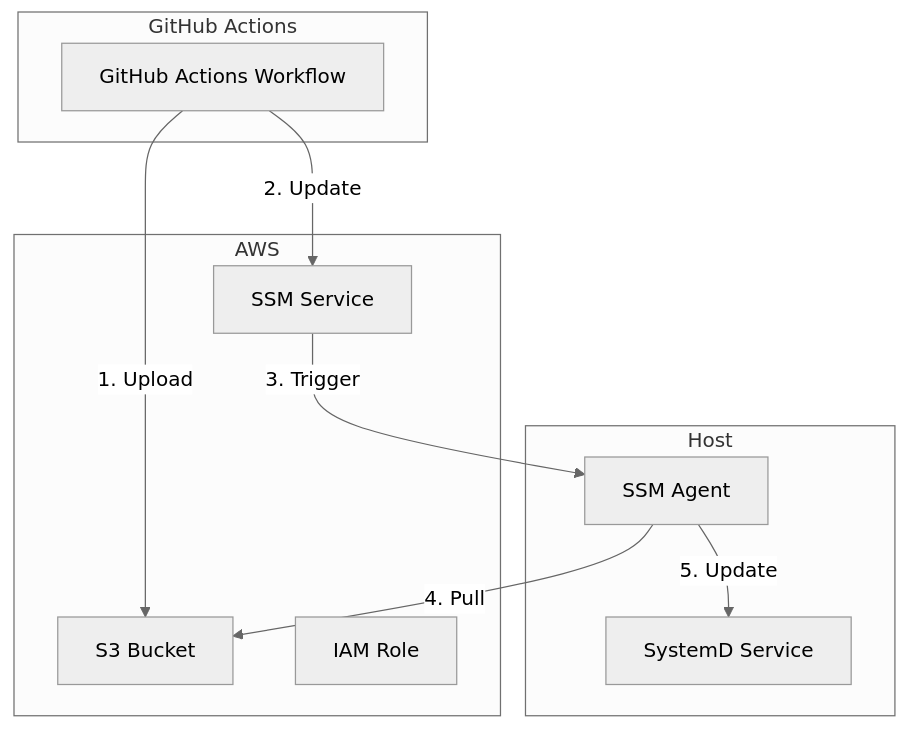
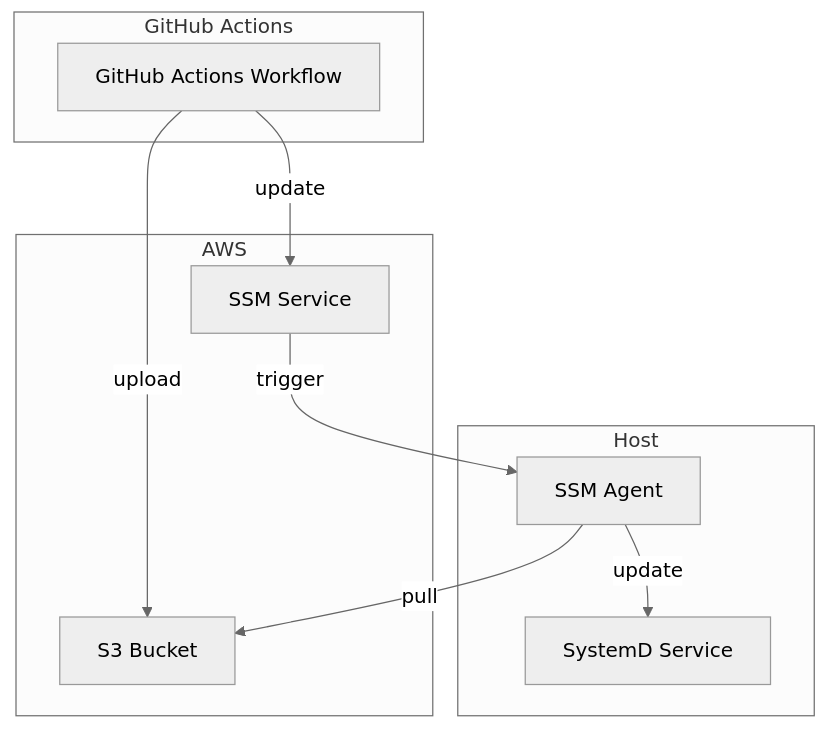
The first of 2 diagrams in README.md (realsensesolutions/actions-aws-host-service), drawn with Mermaid (neutral theme) before and after one commit. The commit also changed other lines of this file, not shown here.

````diff
--- a/README.md
+++ b/README.md
@@ -7,23 +7,22 @@
 ```mermaid
 graph TD
     subgraph GitHub Actions
         GA[GitHub Actions Workflow]
     end
 
     subgraph AWS
         S3[S3 Bucket]
         SSM[SSM Service]
-        IAM[IAM Role]
     end
 
     subgraph Host
         SSMAgent[SSM Agent]
         SystemD[SystemD Service]
     end
 
-    GA -->|1. Upload| S3
-    GA -->|2. Update| SSM
-    SSM -->|3. Trigger| SSMAgent
-    SSMAgent -->|4. Pull| S3
-    SSMAgent -->|5. Update| SystemD
+    GA -->|upload| S3
+    GA -->|update| SSM
+    SSM -->|trigger| SSMAgent
+    SSMAgent -->|pull| S3
+    SSMAgent -->|update| SystemD
 ```
````
